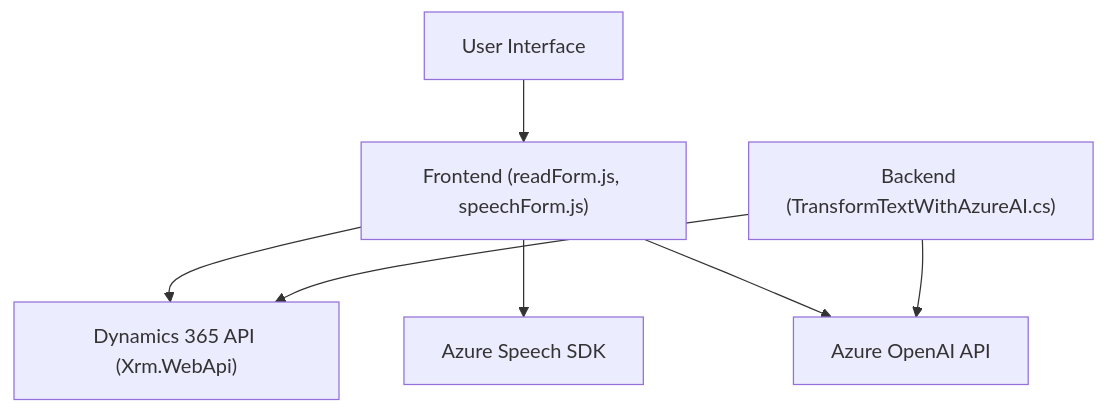
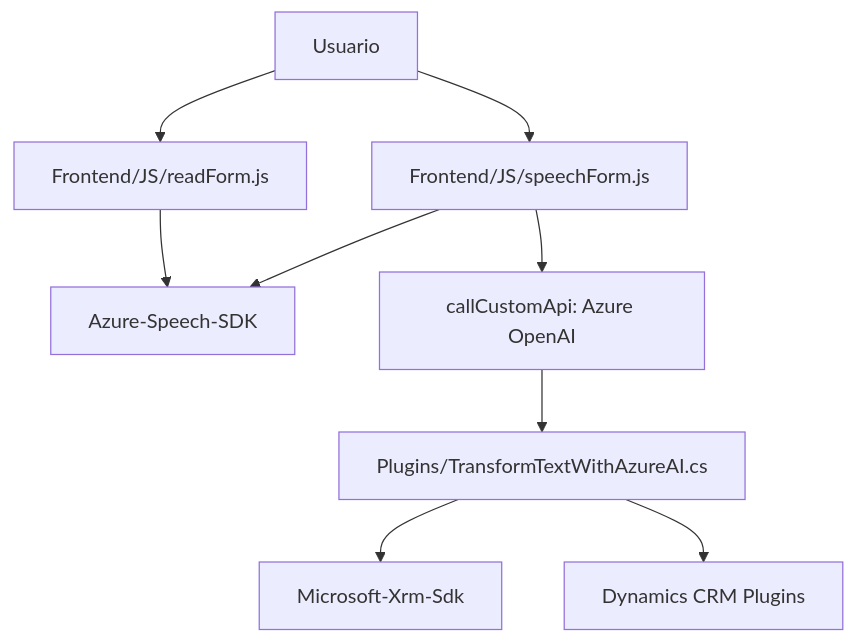
Before and after one commit to blopezdm/NETCORE_BILBAO2025: the diagram in README.md, drawn with Mermaid. The commit also changed other lines of this file, not shown here.

````diff
--- a/README.md
+++ b/README.md
@@ -34,16 +31,11 @@
 ```mermaid
 graph TD
-    Frontend["Frontend (readForm.js, speechForm.js)"]
-    Backend["Backend (TransformTextWithAzureAI.cs)"]
-    JSCRM["Dynamics 365 API (Xrm.WebApi)"]
-    AzureSDK["Azure Speech SDK"]
-    OpenAI["Azure OpenAI API"]
-    UserUI["User Interface"]
-    
-    UserUI --> Frontend
-    Frontend --> JSCRM
-    Frontend --> AzureSDK
-    Frontend --> OpenAI
-    Backend --> JSCRM
-    Backend --> OpenAI
+    A["Usuario"] --> B["Frontend/JS/readForm.js"]
+    A --> C["Frontend/JS/speechForm.js"]
+    B --> D["Azure-Speech-SDK"]
+    C --> D["Azure-Speech-SDK"]
+    C --> E["callCustomApi: Azure OpenAI"]
+    E --> F["Plugins/TransformTextWithAzureAI.cs"]
+    F --> G["Microsoft-Xrm-Sdk"]
+    F --> H["Dynamics CRM Plugins"]
 ```
````
